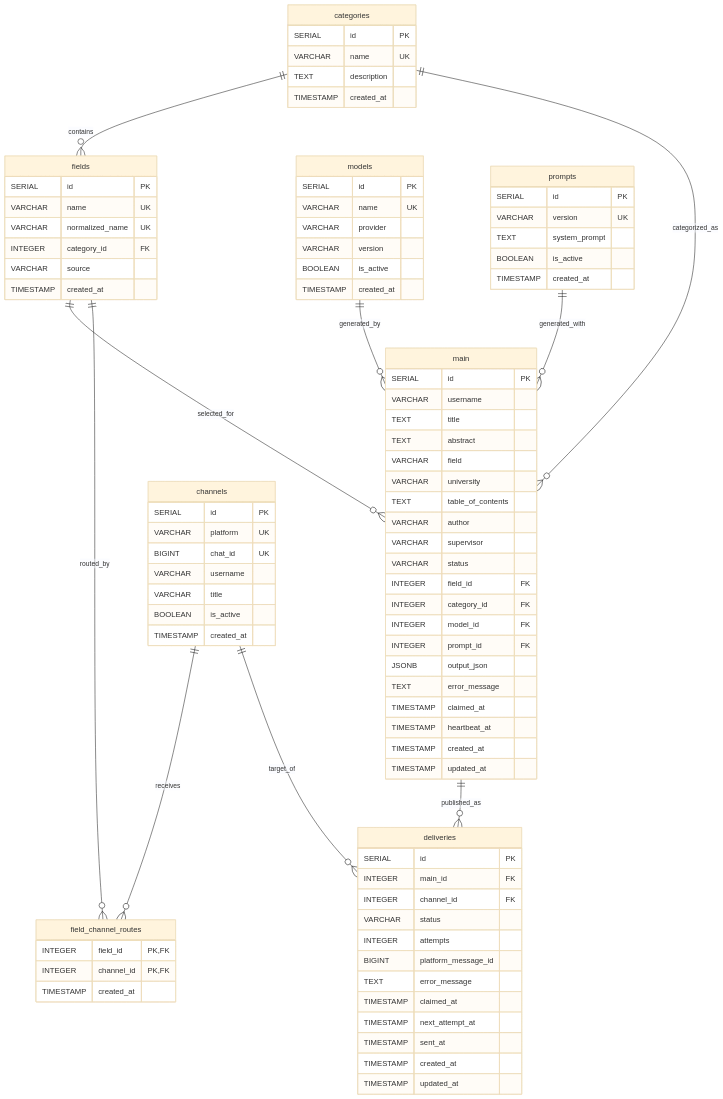
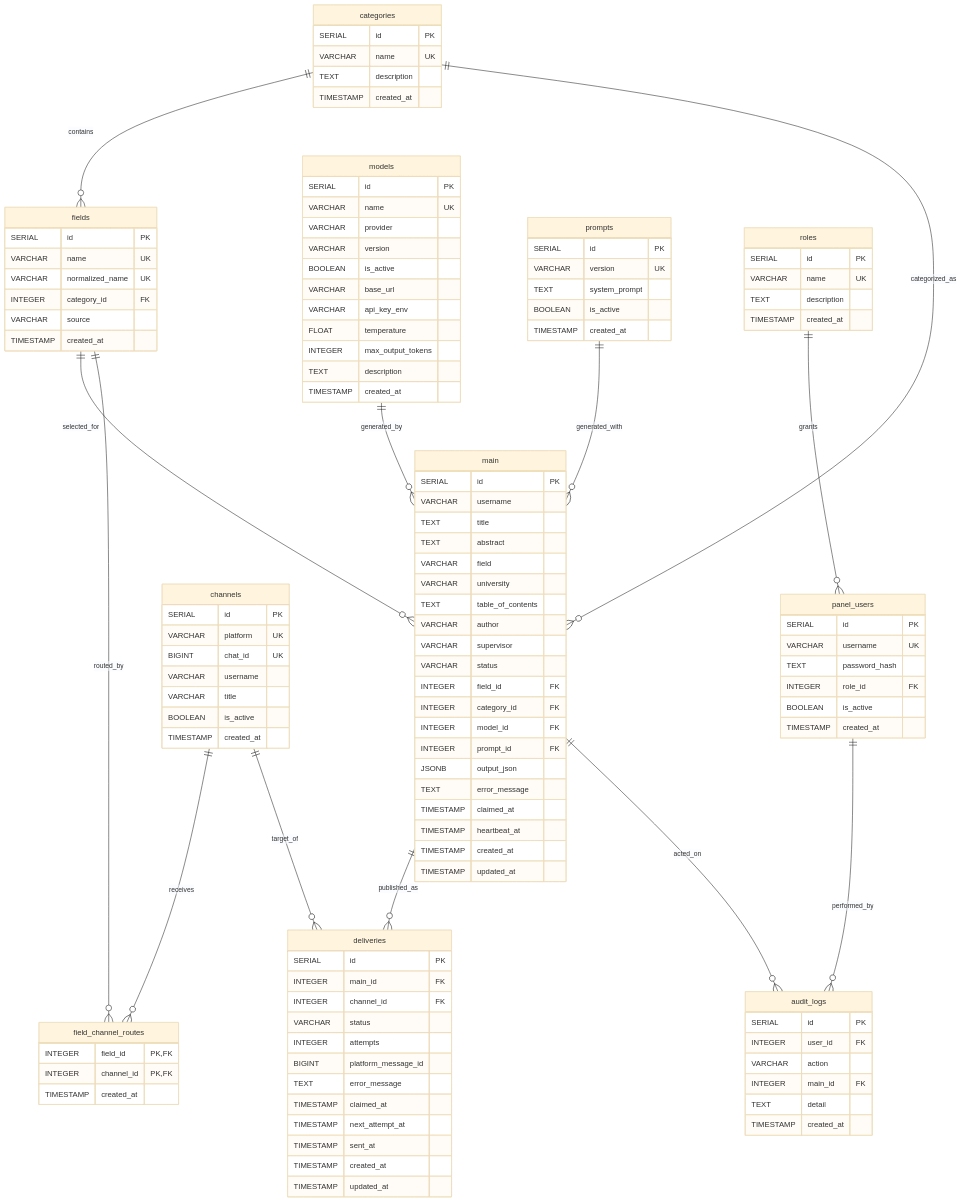
One commit to MohadeseAnsari/project changed the diagram in docs/erd.md. Above: the diagram before and after it, drawn with Mermaid (base theme). The commit also changed other lines of this file and 59 other files, not shown here.

```diff
--- a/docs/erd.md
+++ b/docs/erd.md
@@ -11,6 +11,9 @@
     channels ||--o{ field_channel_routes : "receives"
     channels ||--o{ deliveries : "target_of"
     main ||--o{ deliveries : "published_as"
+    roles ||--o{ panel_users : "grants"
+    panel_users ||--o{ audit_logs : "performed_by"
+    main ||--o{ audit_logs : "acted_on"
 
     categories {
         SERIAL id PK
@@ -34,6 +37,11 @@
         VARCHAR provider
         VARCHAR version
         BOOLEAN is_active
+        VARCHAR base_url
+        VARCHAR api_key_env
+        FLOAT temperature
+        INTEGER max_output_tokens
+        TEXT description
         TIMESTAMP created_at
     }
 
@@ -68,6 +76,31 @@
         TIMESTAMP updated_at
     }
 
+    roles {
+        SERIAL id PK
+        VARCHAR name UK
+        TEXT description
+        TIMESTAMP created_at
+    }
+
+    panel_users {
+        SERIAL id PK
+        VARCHAR username UK
+        TEXT password_hash
+        INTEGER role_id FK
+        BOOLEAN is_active
+        TIMESTAMP created_at
+    }
+
+    audit_logs {
+        SERIAL id PK
+        INTEGER user_id FK
+        VARCHAR action
+        INTEGER main_id FK
+        TEXT detail
+        TIMESTAMP created_at
+    }
+
     channels {
         SERIAL id PK
         VARCHAR platform UK
```
